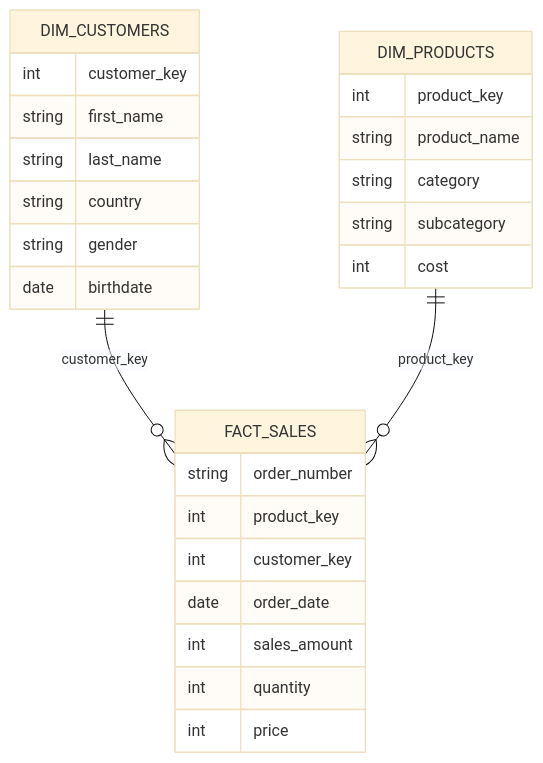
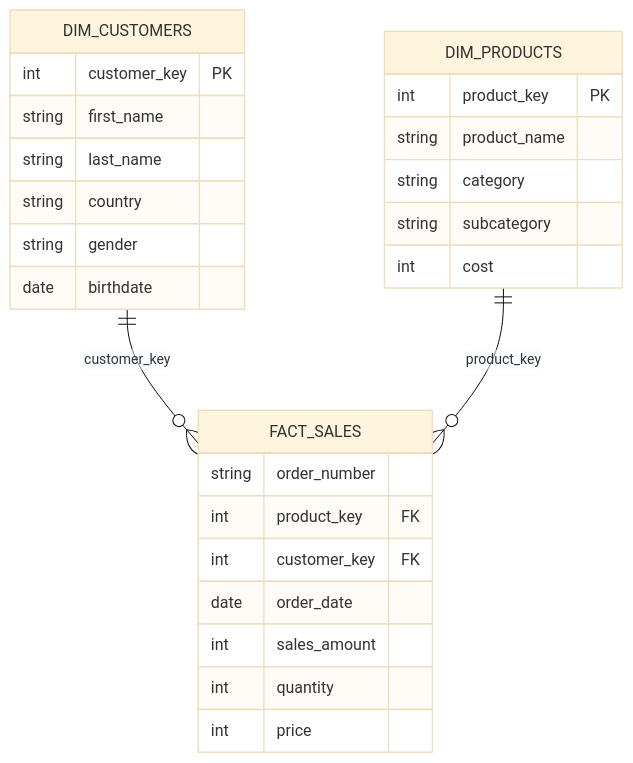
One commit to analytical-shruti/SQL_Advanced_Data_Analysis_Project- changed the second of 2 diagrams in README.md. Above: the diagram before and after it, drawn with Mermaid (base theme). The commit also changed other lines of this file, not shown here.

````diff
--- a/README.md
+++ b/README.md
@@ -35,29 +101,32 @@
 ```mermaid
 erDiagram
-    DIM_CUSTOMERS ||--o{ FACT_SALES : "customer_key"
-    DIM_PRODUCTS  ||--o{ FACT_SALES : "product_key"
-    FACT_SALES {
-        string order_number
-        int product_key
-        int customer_key
-        date order_date
-        int sales_amount
-        int quantity
-        int price
-    }
+    DIM_CUSTOMERS ||--o{ FACT_SALES : customer_key
+    DIM_PRODUCTS ||--o{ FACT_SALES : product_key
+
     DIM_CUSTOMERS {
-        int customer_key
+        int customer_key PK
         string first_name
         string last_name
         string country
         string gender
         date birthdate
     }
+
     DIM_PRODUCTS {
-        int product_key
+        int product_key PK
         string product_name
         string category
         string subcategory
         int cost
     }
+
+    FACT_SALES {
+        string order_number
+        int product_key FK
+        int customer_key FK
+        date order_date
+        int sales_amount
+        int quantity
+        int price
+    }
 ```
````
